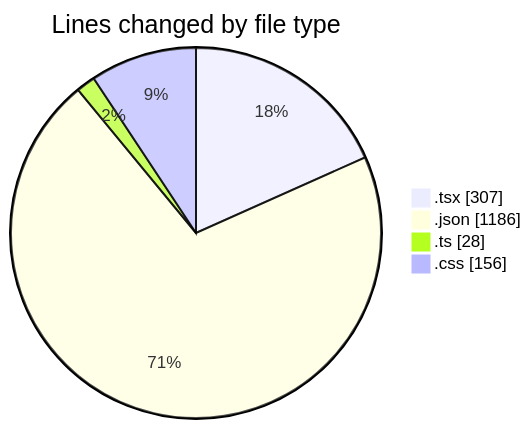
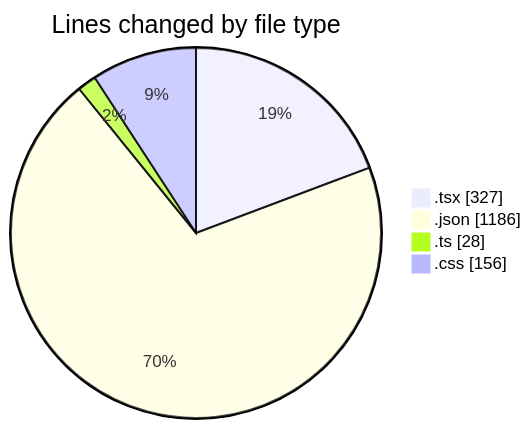
One commit to EIIisD/code-tracking changed the first of 2 diagrams in 2025-08-04/tw-server/README.md. Above: the diagram before and after it, drawn with Mermaid. The commit also changed other lines of this file and 1 other file, not shown here.

````diff
--- a/2025-08-04/tw-server/README.md
+++ b/2025-08-04/tw-server/README.md
@@ -26,8 +26,8 @@
 ```mermaid
 pie showData
 title Lines changed by file type
-".tsx" : 307
+".tsx" : 327
 ".json" : 1186
 ".ts" : 28
 ".css" : 156
 ```
````
